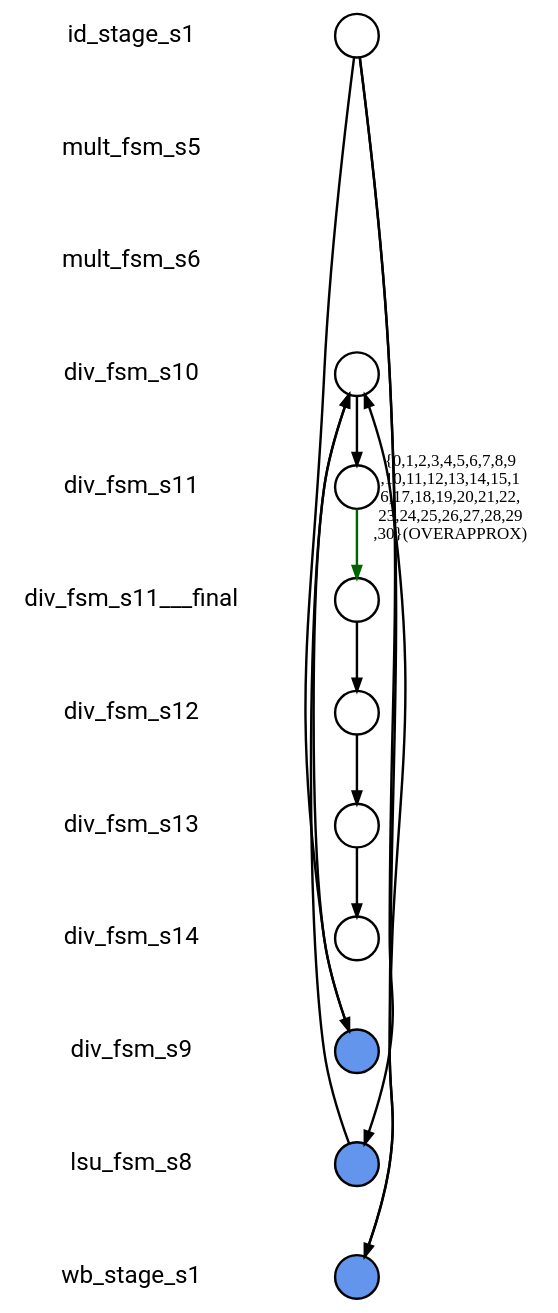
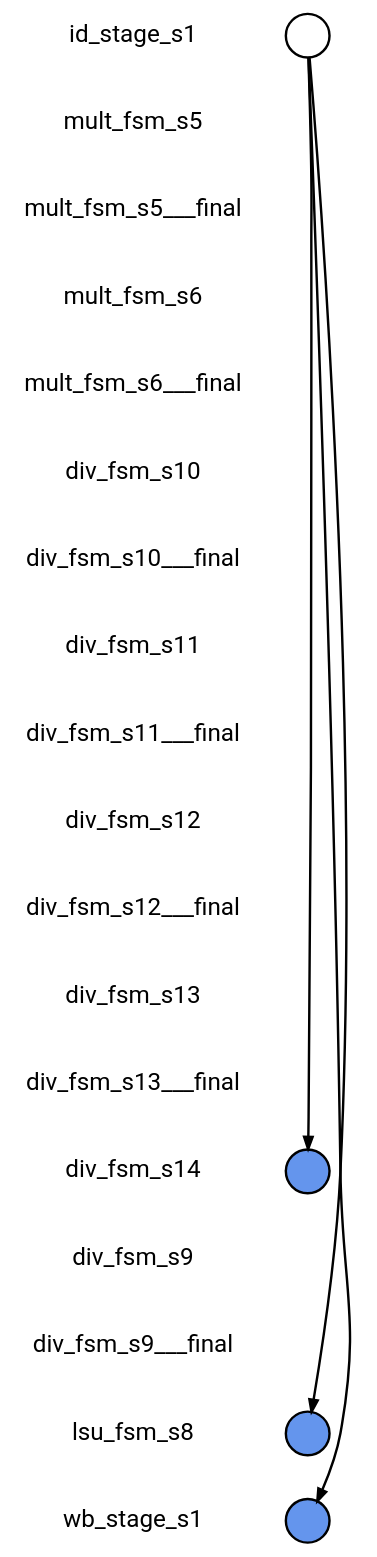
Before and after one commit to naomipark3/SynthLC: the diagram in fv/synthlc/i_MUL_out/xSummarize/nonisograph/com_5_0.dot, drawn with Graphviz. The commit also changed 12067 other files, not shown here.

```diff
--- a/fv/synthlc/i_MUL_out/xSummarize/nonisograph/com_5_0.dot
+++ b/fv/synthlc/i_MUL_out/xSummarize/nonisograph/com_5_0.dot
@@ -1,89 +1,63 @@
 
 digraph G {
     edge [penwidth=2];
     node [ shape=box, fontsize=20, penwidth=2, fontname="roboto"];
     esep=0.5;
     layout=neato;
     overlap=scale;
     splines=true;
 
 l_id_stage_s1 [label="id_stage_s1"; pos="0,-0!"; shape=none];
 
 l_mult_fsm_s5 [label="mult_fsm_s5"; pos="0,-1!"; shape=none];
 
-l_mult_fsm_s6 [label="mult_fsm_s6"; pos="0,-2!"; shape=none];
+l_mult_fsm_s5___final [label="mult_fsm_s5___final"; pos="0,-2!"; shape=none];
 
-l_div_fsm_s10 [label="div_fsm_s10"; pos="0,-3!"; shape=none];
+l_mult_fsm_s6 [label="mult_fsm_s6"; pos="0,-3!"; shape=none];
 
-l_div_fsm_s11 [label="div_fsm_s11"; pos="0,-4!"; shape=none];
+l_mult_fsm_s6___final [label="mult_fsm_s6___final"; pos="0,-4!"; shape=none];
 
-l_div_fsm_s11___final [label="div_fsm_s11___final"; pos="0,-5!"; shape=none];
+l_div_fsm_s10 [label="div_fsm_s10"; pos="0,-5!"; shape=none];
 
-l_div_fsm_s12 [label="div_fsm_s12"; pos="0,-6!"; shape=none];
+l_div_fsm_s10___final [label="div_fsm_s10___final"; pos="0,-6!"; shape=none];
 
-l_div_fsm_s13 [label="div_fsm_s13"; pos="0,-7!"; shape=none];
+l_div_fsm_s11 [label="div_fsm_s11"; pos="0,-7!"; shape=none];
 
-l_div_fsm_s14 [label="div_fsm_s14"; pos="0,-8!"; shape=none];
+l_div_fsm_s11___final [label="div_fsm_s11___final"; pos="0,-8!"; shape=none];
 
-l_div_fsm_s9 [label="div_fsm_s9"; pos="0,-9!"; shape=none];
+l_div_fsm_s12 [label="div_fsm_s12"; pos="0,-9!"; shape=none];
 
-l_lsu_fsm_s8 [label="lsu_fsm_s8"; pos="0,-10!"; shape=none];
+l_div_fsm_s12___final [label="div_fsm_s12___final"; pos="0,-10!"; shape=none];
 
-l_wb_stage_s1 [label="wb_stage_s1"; pos="0,-11!"; shape=none];
+l_div_fsm_s13 [label="div_fsm_s13"; pos="0,-11!"; shape=none];
+
+l_div_fsm_s13___final [label="div_fsm_s13___final"; pos="0,-12!"; shape=none];
+
+l_div_fsm_s14 [label="div_fsm_s14"; pos="0,-13!"; shape=none];
+
+l_div_fsm_s9 [label="div_fsm_s9"; pos="0,-14!"; shape=none];
+
+l_div_fsm_s9___final [label="div_fsm_s9___final"; pos="0,-15!"; shape=none];
+
+l_lsu_fsm_s8 [label="lsu_fsm_s8"; pos="0,-16!"; shape=none];
+
+l_wb_stage_s1 [label="wb_stage_s1"; pos="0,-17!"; shape=none];
 
 n_id_stage_s1 [label=""; pos="2,-0!"; shape=circle ]; 
 
 
-n_div_fsm_s10 [label=""; pos="2,-3!"; shape=circle ]; 
+n_div_fsm_s14 [style=filled, color=black, fillcolor="#6495ED", label=""; pos="2,-13!"; shape=circle ]; 
 
 
-n_div_fsm_s11 [label=""; pos="2,-4!"; shape=circle ]; 
+n_lsu_fsm_s8 [style=filled, color=black, fillcolor="#6495ED", label=""; pos="2,-16!"; shape=circle ]; 
 
 
-n_div_fsm_s12 [label=""; pos="2,-6!"; shape=circle ]; 
+n_wb_stage_s1 [style=filled, color=black, fillcolor="#6495ED", label=""; pos="2,-17!"; shape=circle ]; 
 
 
-n_div_fsm_s13 [label=""; pos="2,-7!"; shape=circle ]; 
-
-
-n_div_fsm_s14 [label=""; pos="2,-8!"; shape=circle ]; 
-
-
-n_div_fsm_s9 [style=filled, color=black, fillcolor="#6495ED", label=""; pos="2,-9!"; shape=circle ]; 
-
-
-n_lsu_fsm_s8 [style=filled, color=black, fillcolor="#6495ED", label=""; pos="2,-10!"; shape=circle ]; 
-
-
-n_wb_stage_s1 [style=filled, color=black, fillcolor="#6495ED", label=""; pos="2,-11!"; shape=circle ]; 
-
-
-n_div_fsm_s11___final [label=""; pos="2,-5!"; shape=circle ]; 
-
-
-n_id_stage_s1 -> n_wb_stage_s1 [color="black"];
-
-n_id_stage_s1 -> n_div_fsm_s9 [color="black"];
+n_id_stage_s1 -> n_div_fsm_s14 [color="black"];
 
 n_id_stage_s1 -> n_lsu_fsm_s8 [color="black"];
 
-n_div_fsm_s10 -> n_div_fsm_s11 [color="black"];
-
-n_div_fsm_s11 -> n_div_fsm_s11___final [color="#006400", label="{0,1,2,3,4,5,6,7,8,9
-,10,11,12,13,14,15,1
-6,17,18,19,20,21,22,
-23,24,25,26,27,28,29
-,30}(OVERAPPROX)"];
-
-n_div_fsm_s12 -> n_div_fsm_s13 [color="black"];
-
-n_div_fsm_s13 -> n_div_fsm_s14 [color="black"];
-
-n_div_fsm_s9 -> n_div_fsm_s10 [color="black"];
-
-n_lsu_fsm_s8 -> n_div_fsm_s10 [color="black"];
-
-n_wb_stage_s1 -> n_div_fsm_s10 [color="black"];
-
-n_div_fsm_s11___final -> n_div_fsm_s12 [color="black"];
+n_id_stage_s1 -> n_wb_stage_s1 [color="black"];
 }
```
